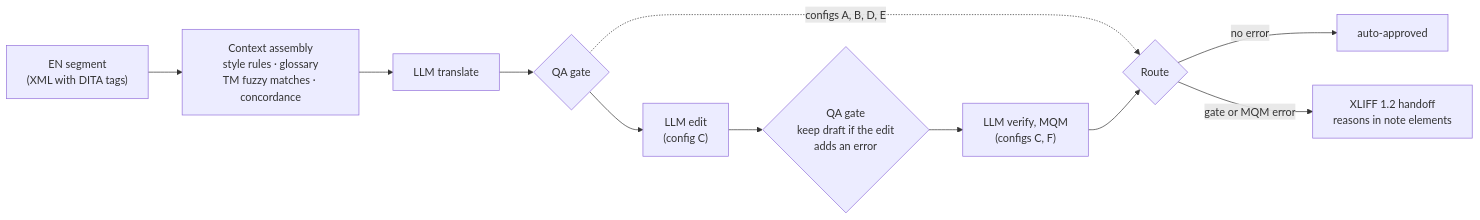
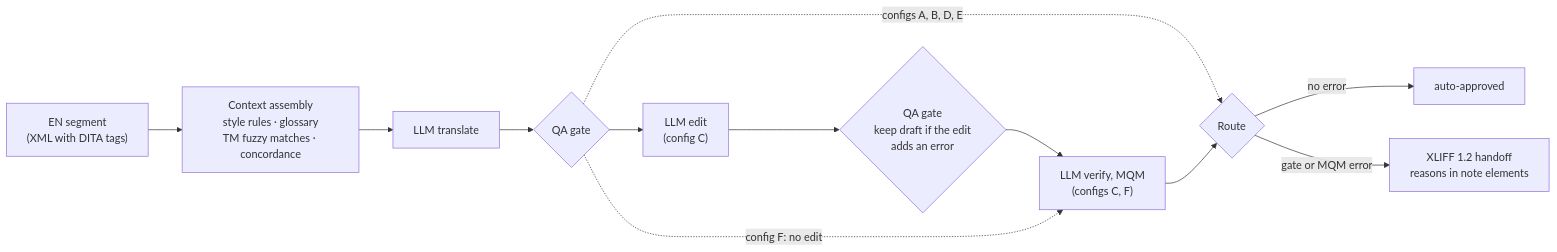
Before and after one commit to PurpleRatzzz/llm-localization-pipeline: the diagram in README.md, drawn with Mermaid. The commit also changed other lines of this file and 1 other file, not shown here.

First line of the commit message:
Add the MIT license and show config F's path in the README

````diff
--- a/README.md
+++ b/README.md
@@ -47,13 +47,14 @@
 ```mermaid
 flowchart LR
     S["EN segment<br/>(XML with DITA tags)"] --> C["Context assembly<br/>style rules · glossary<br/>TM fuzzy matches · concordance"]
     C --> T["LLM translate"]
     T --> G1{"QA gate"}
     G1 --> E["LLM edit<br/>(config C)"]
     E --> G2{"QA gate<br/>keep draft if the edit<br/>adds an error"}
     G2 --> V["LLM verify, MQM<br/>(configs C, F)"]
+    G1 -.->|"config F: no edit"| V
     G1 -.->|"configs A, B, D, E"| R
     V --> R{"Route"}
     R -->|"no error"| OK["auto-approved"]
     R -->|"gate or MQM error"| X["XLIFF 1.2 handoff<br/>reasons in note elements"]
 ```
````
